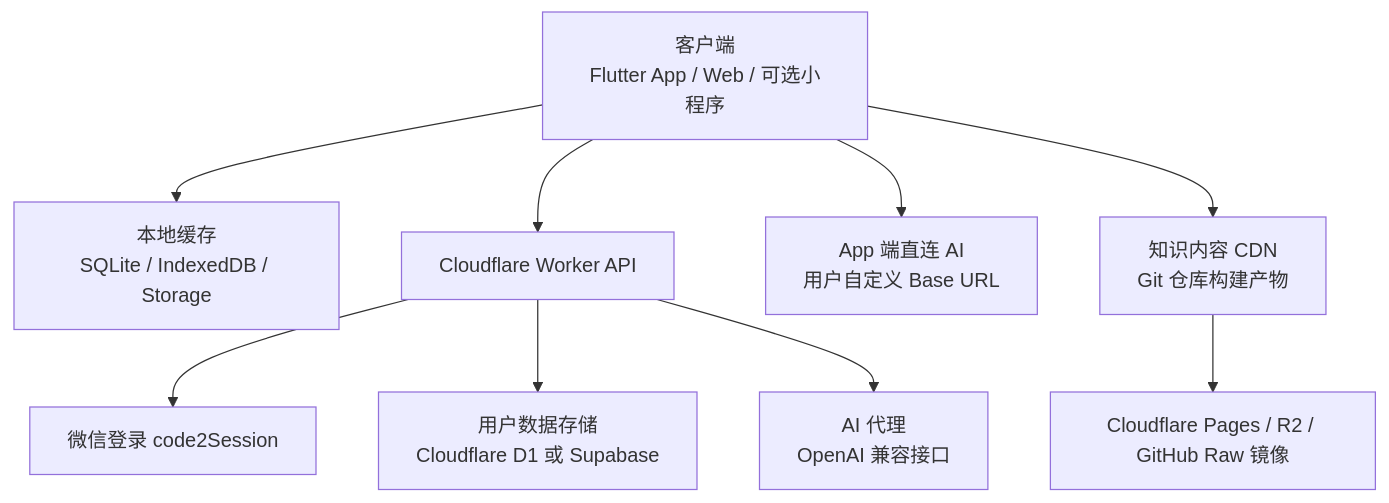
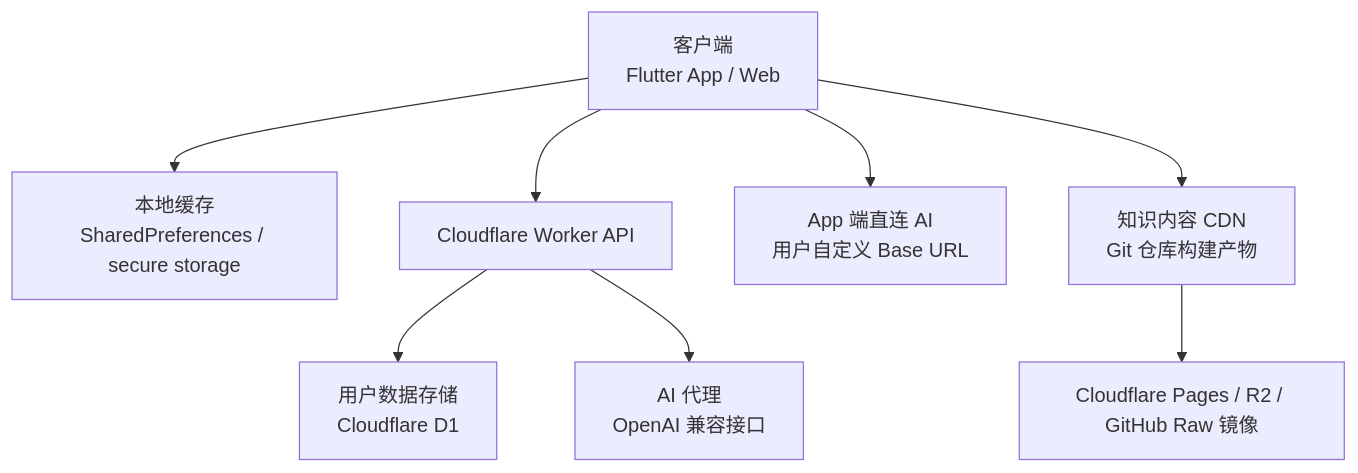
One commit to nontracey/mianshi-zhilian-app changed the first of 8 diagrams in docs/design.md. Above: the diagram before and after it, drawn with Mermaid. The commit also changed other lines of this file and 13 other files, not shown here.

````diff
--- a/docs/design.md
+++ b/docs/design.md
@@ -188,11 +192,10 @@
 ```mermaid
 flowchart TD
-  A["客户端<br/>Flutter App / Web / 可选小程序"] --> B["本地缓存<br/>SQLite / IndexedDB / Storage"]
+  A["客户端<br/>Flutter App / Web"] --> B["本地缓存<br/>SharedPreferences / secure storage"]
   A --> C["Cloudflare Worker API"]
-  C --> D["微信登录 code2Session"]
-  C --> E["用户数据存储<br/>Cloudflare D1 或 Supabase"]
+  C --> E["用户数据存储<br/>Cloudflare D1"]
   C --> F["AI 代理<br/>OpenAI 兼容接口"]
   A --> I["App 端直连 AI<br/>用户自定义 Base URL"]
   A --> G["知识内容 CDN<br/>Git 仓库构建产物"]
   G --> H["Cloudflare Pages / R2 / GitHub Raw 镜像"]
 ```
````
